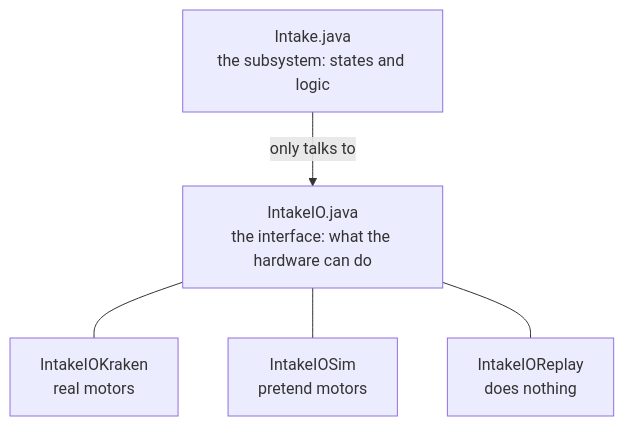
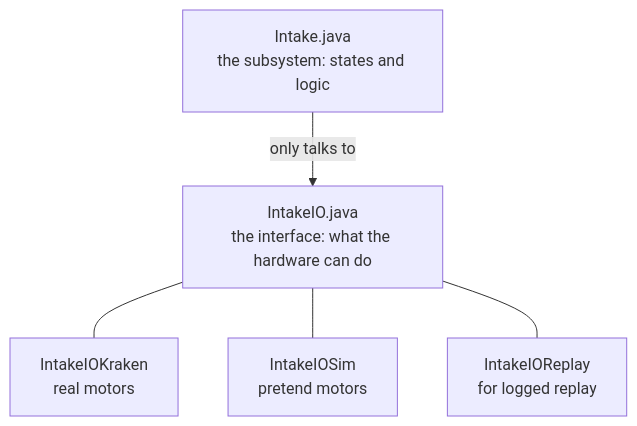
One commit to DynamicWhiteHat/FRC-Java-Docs changed the first of 2 diagrams in docs/frcSpecifics/subsystems.md. Above: the diagram before and after it, drawn with Mermaid.

Commit message:
Fixed up subsystem naming

````diff
--- a/docs/frcSpecifics/subsystems.md
+++ b/docs/frcSpecifics/subsystems.md
@@ -11,7 +11,7 @@
 ```mermaid
 graph TD
     S["Intake.java<br>the subsystem: states and logic"] -->|"only talks to"| IO["IntakeIO.java<br>the interface: what the hardware can do"]
     IO --- K["IntakeIOKraken<br>real motors"]
     IO --- SIM["IntakeIOSim<br>pretend motors"]
-    IO --- R["IntakeIOReplay<br>does nothing"]
+    IO --- R["IntakeIOReplay<br>for logged replay"]
 ```
````
